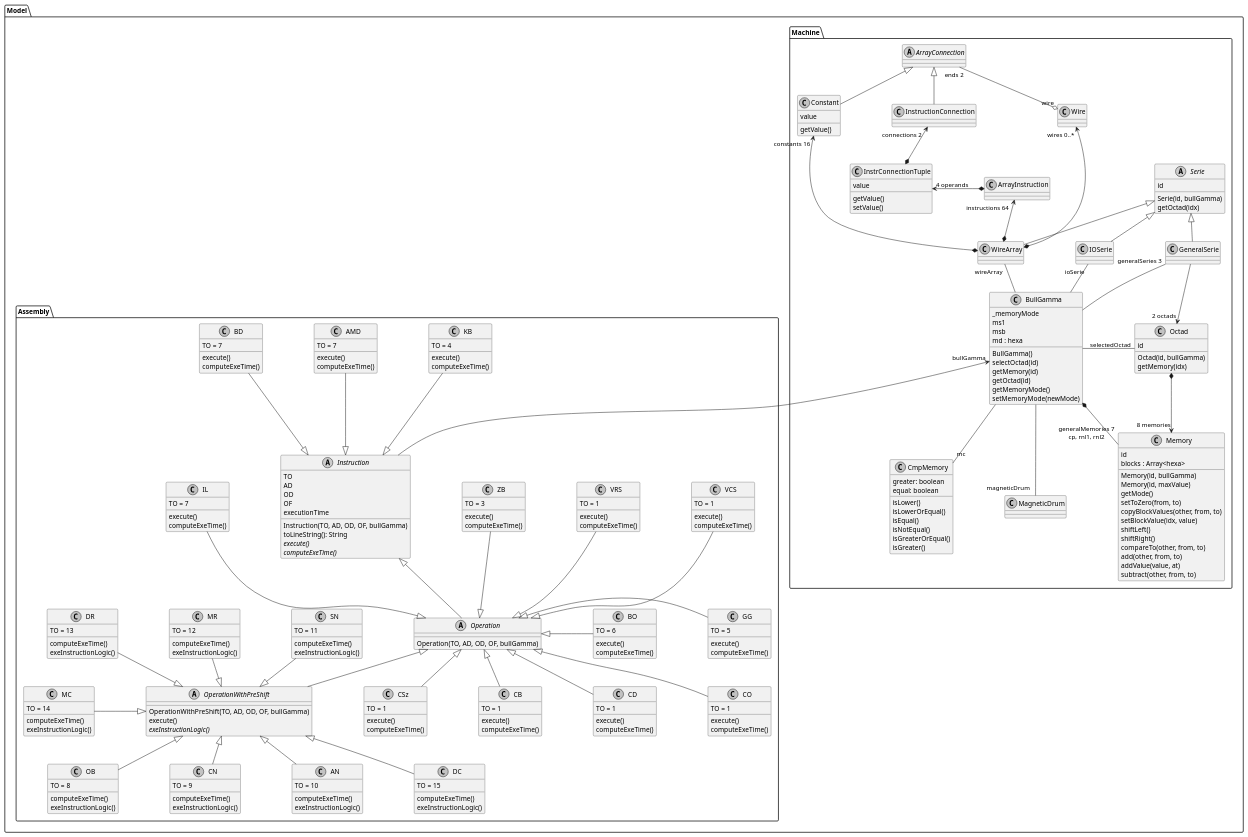
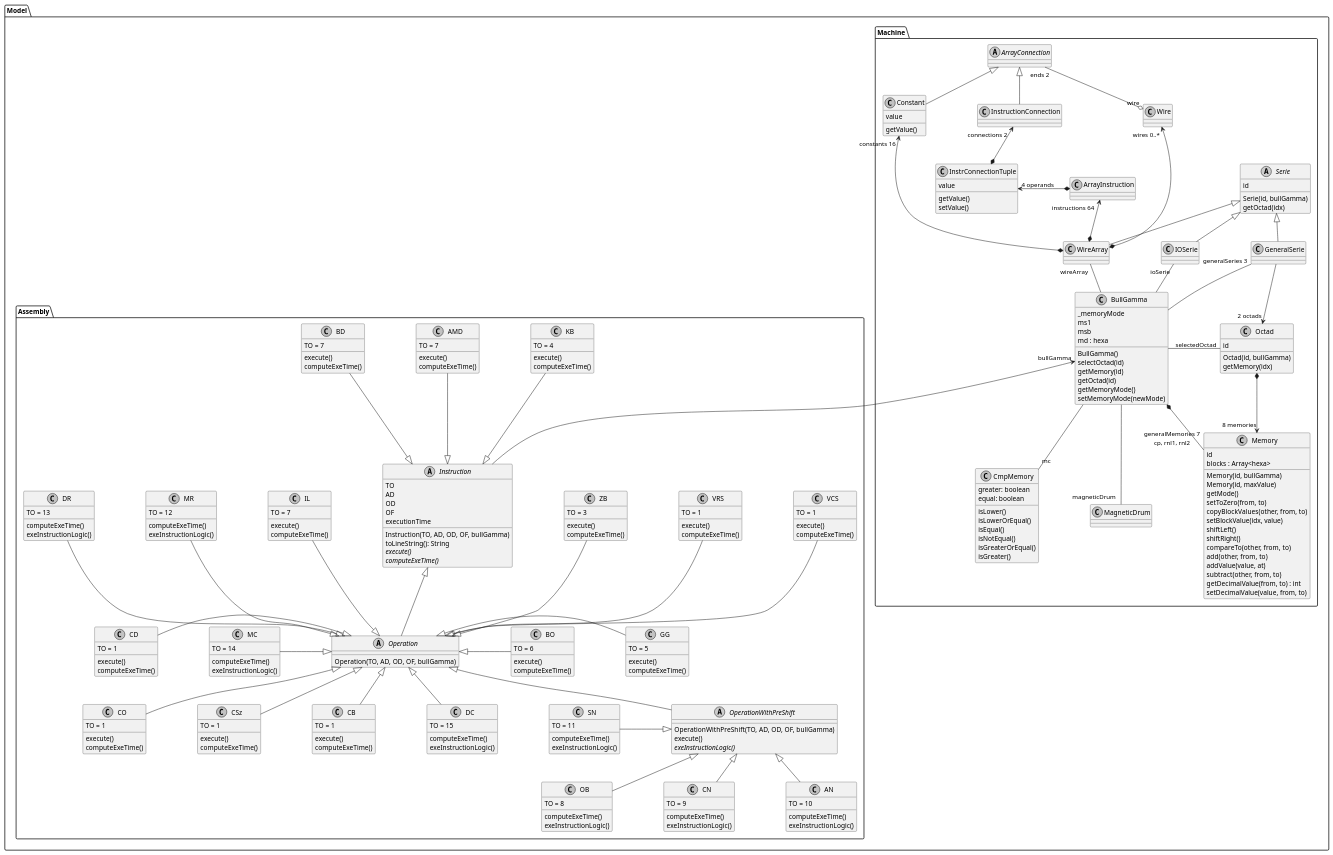
One commit to lutrampal/bullgammator changed the diagram in docs/classes.puml. Above: the diagram before and after it, drawn with PlantUML.

Commit message:
updated class diagram with modifications for AN, SN and MR instructions

```diff
--- a/docs/classes.puml
+++ b/docs/classes.puml
@@ -45,6 +45,8 @@
       add(other, from, to)
       addValue(value, at)
       subtract(other, from, to)
+      getDecimalValue(from, to) : int
+      setDecimalValue(value, from, to)
     }
 
     class CmpMemory {
@@ -282,23 +284,23 @@
 
     VCS --|> Operation
     VRS --|> Operation
-    SN --|> OperationWithPreShift
+    SN -|> OperationWithPreShift
     ZB --|> Operation
     KB --|> Instruction
     BD --|> Instruction
     IL --|> Operation
-    MR --|> OperationWithPreShift
-    DR --|> OperationWithPreShift
-    MC -|> OperationWithPreShift
+    MR --|> Operation
+    DR --|> Operation
+    MC -|> Operation
     AMD --|> Instruction
     Operation <|-- CSz
     OperationWithPreShift <|-- OB
-    Operation <|-- CD
+    CD -|> Operation
     Operation <|-- CO
     Operation <|-- CB
     Operation <|- GG
     Operation <|- BO
     OperationWithPreShift <|-- CN
     OperationWithPreShift <|-- AN
-    OperationWithPreShift <|-- DC
+    Operation <|-- DC
 @endDC
```
